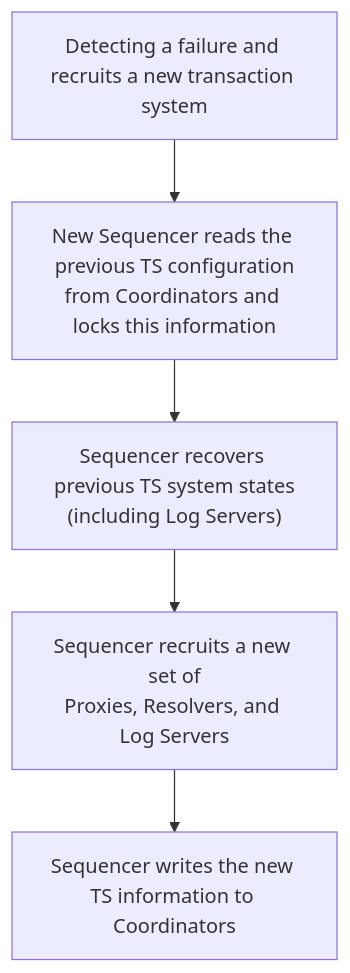
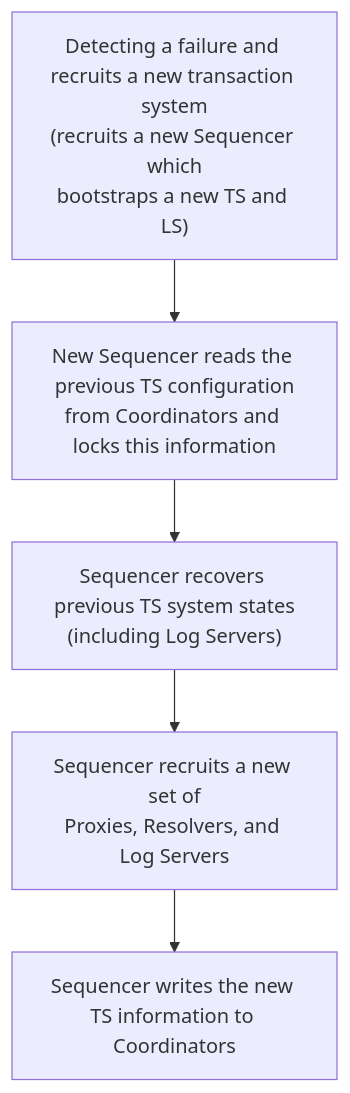
The third of 3 diagrams in Foundation DB.md (Cannizzaro-reaction/CSCI585_notes), drawn with Mermaid before and after one commit. The commit also changed other lines of this file and 3 other files, not shown here.

````diff
--- a/Foundation DB.md
+++ b/Foundation DB.md
@@ -248,13 +248,13 @@
 ```mermaid
 flowchart TD
-    A[Detecting a failure and <br/>recruits a new transaction system]
+    A["Detecting a failure and <br/>recruits a new transaction system<br/>(recruits a new Sequencer which<br/>bootstraps a new TS and LS)"]
     B[New Sequencer reads the previous TS configuration<br/>from Coordinators and locks this information]
     C["Sequencer recovers previous TS system states<br/>(including Log Servers)"]
     D[Sequencer recruits a new set of<br/>Proxies, Resolvers, and Log Servers]
     E[Sequencer writes the new TS information to Coordinators]
 
     A --> B
     B --> C
     C --> D
     D --> E
 ```
````
